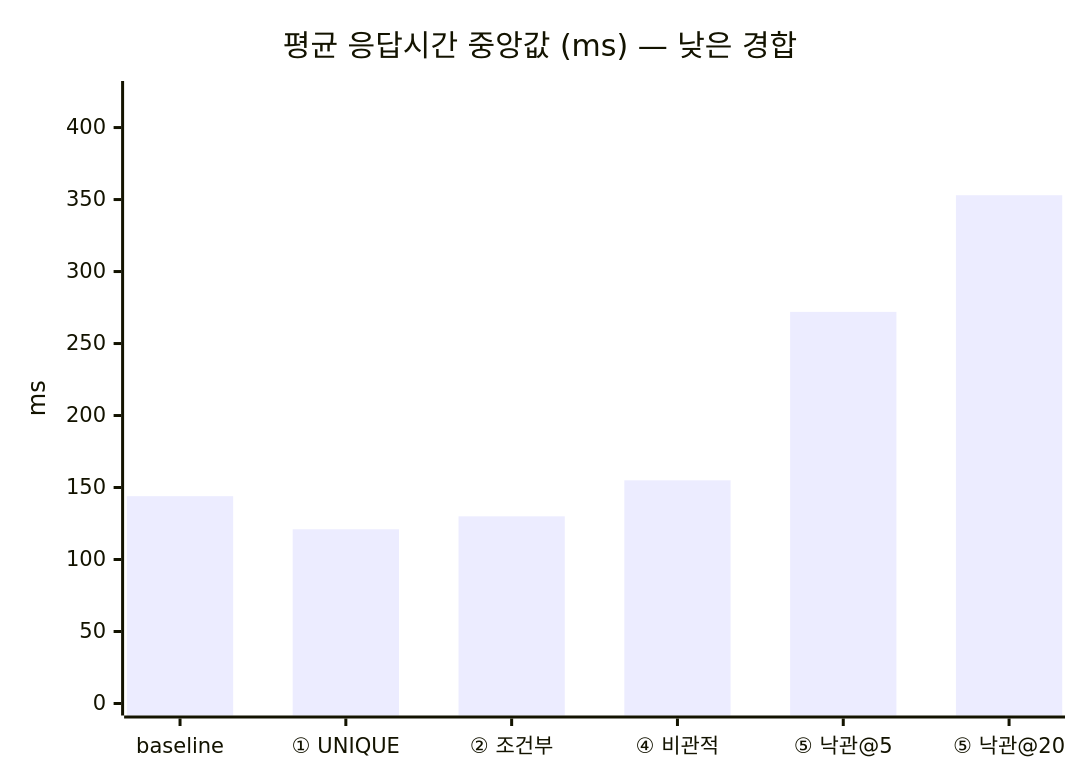
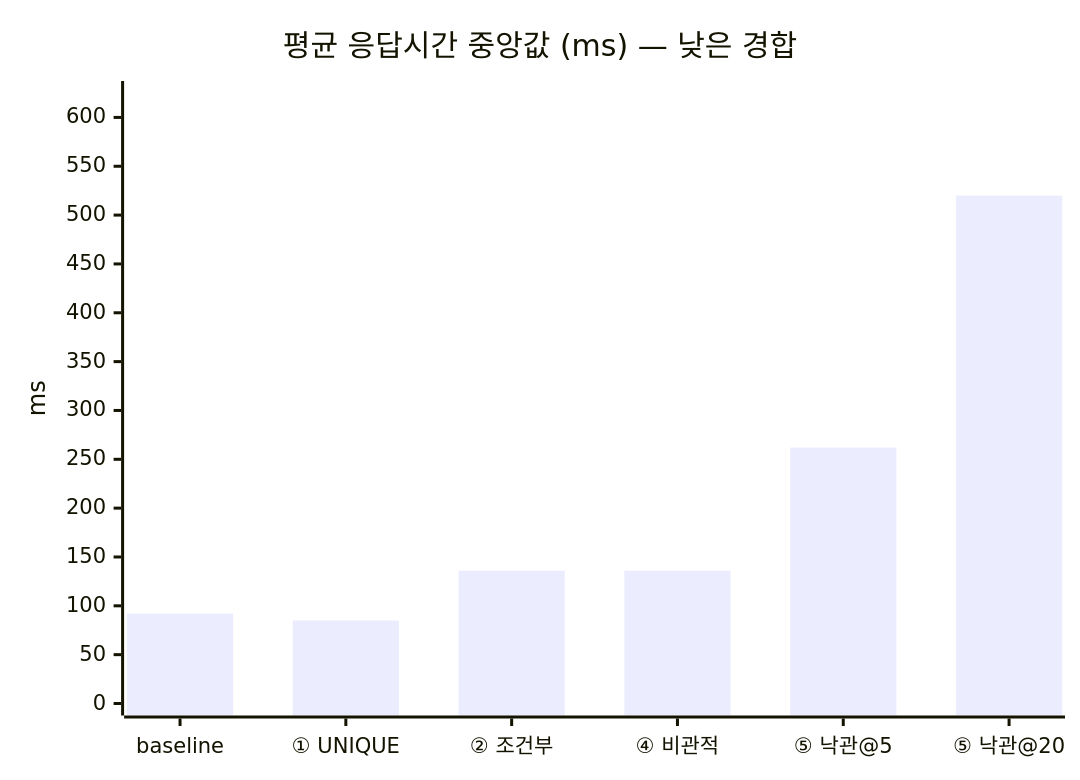
One commit to SangHyeok0908/Concurrency-Control changed the first of 2 diagrams in docs/STEP2-DEFENSE-BENCHMARK.md. Above: the diagram before and after it, drawn with Mermaid. The commit also changed other lines of this file and 14 other files, not shown here.

````diff
--- a/docs/STEP2-DEFENSE-BENCHMARK.md
+++ b/docs/STEP2-DEFENSE-BENCHMARK.md
@@ -143,7 +147,7 @@
 ```mermaid
 xychart-beta
     title "평균 응답시간 중앙값 (ms) — 낮은 경합"
     x-axis ["baseline", "① UNIQUE", "② 조건부", "④ 비관적", "⑤ 낙관@5", "⑤ 낙관@20"]
-    y-axis "ms" 0 --> 424
-    bar [144, 121, 130, 155, 272, 353]
+    y-axis "ms" 0 --> 625
+    bar [92, 85, 136, 136, 262, 520]
 ```
````
